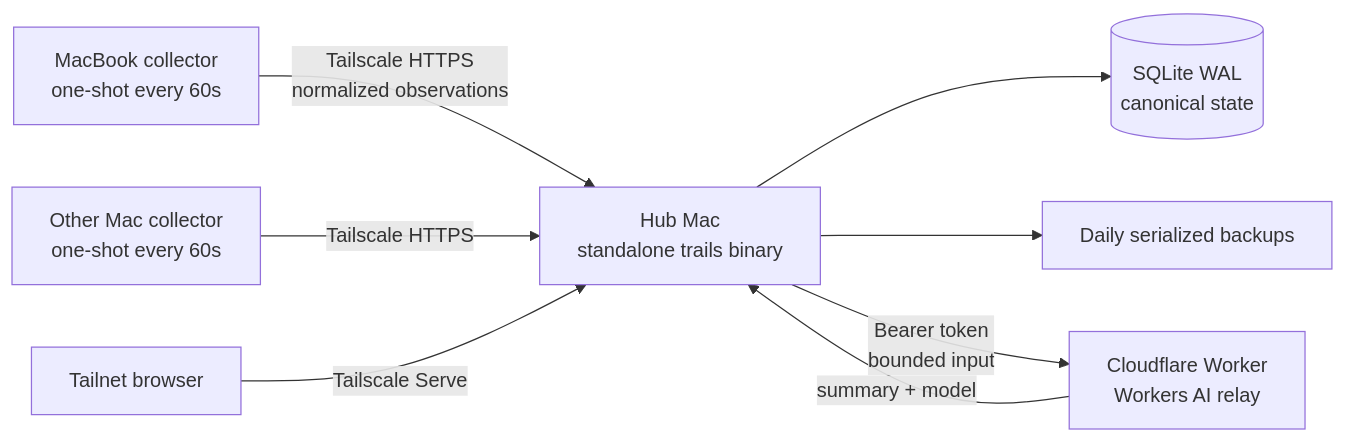
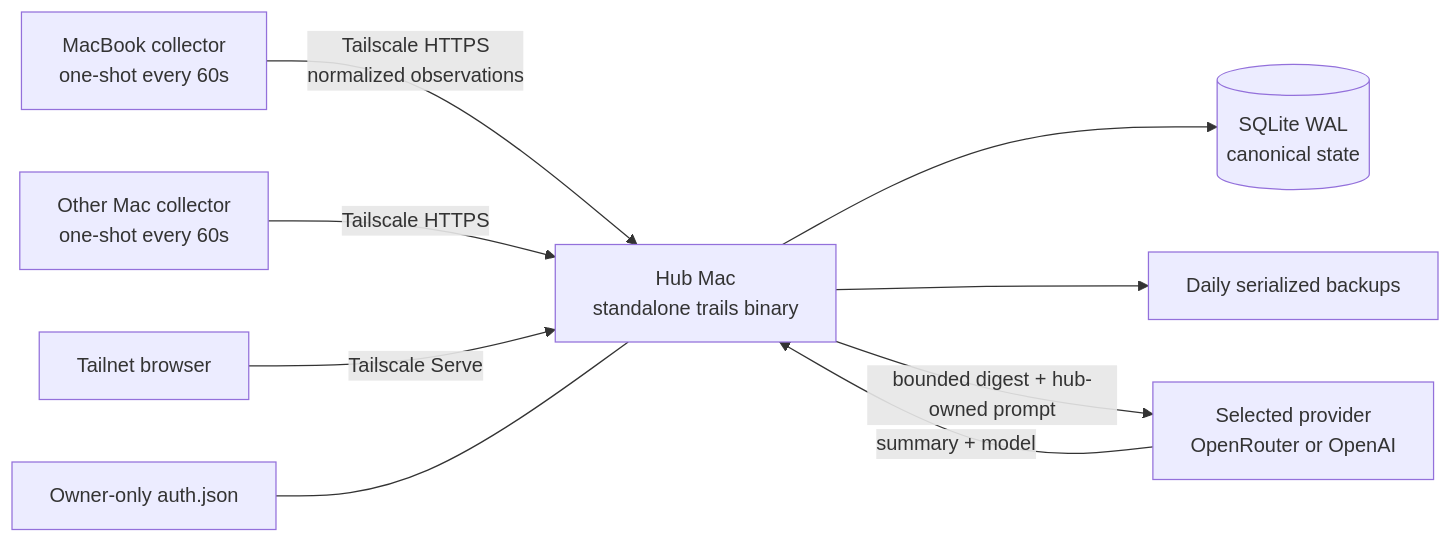
The diagram in MULTI-DEVICE.md (Manzanita-Research/trails), drawn with Mermaid before and after one commit. The commit also changed other lines of this file and 7 other files, not shown here.

First line of the commit message:
docs: document hub-owned provider connections

````diff
--- a/MULTI-DEVICE.md
+++ b/MULTI-DEVICE.md
@@ -8,10 +8,11 @@
 ```mermaid
 flowchart LR
   A[MacBook collector<br/>one-shot every 60s] -->|Tailscale HTTPS<br/>normalized observations| M[Hub Mac<br/>standalone trails binary]
   B[Other Mac collector<br/>one-shot every 60s] -->|Tailscale HTTPS| M
   M --> D[(SQLite WAL<br/>canonical state)]
   M --> K[Daily serialized backups]
   T[Tailnet browser] -->|Tailscale Serve| M
-  M -->|Bearer token<br/>bounded input| W[Cloudflare Worker<br/>Workers AI relay]
-  W -->|summary + model| M
+  M -->|bounded digest + hub-owned prompt| P[Selected provider<br/>OpenRouter or OpenAI]
+  P -->|summary + model| M
+  C[Owner-only auth.json] --- M
 ```
````
